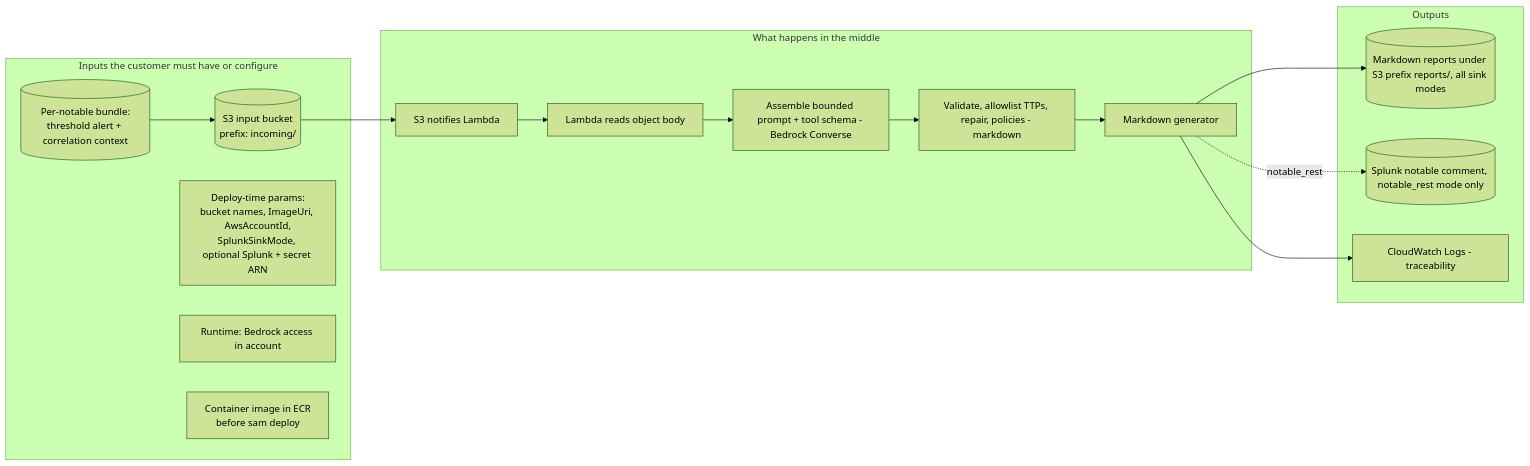
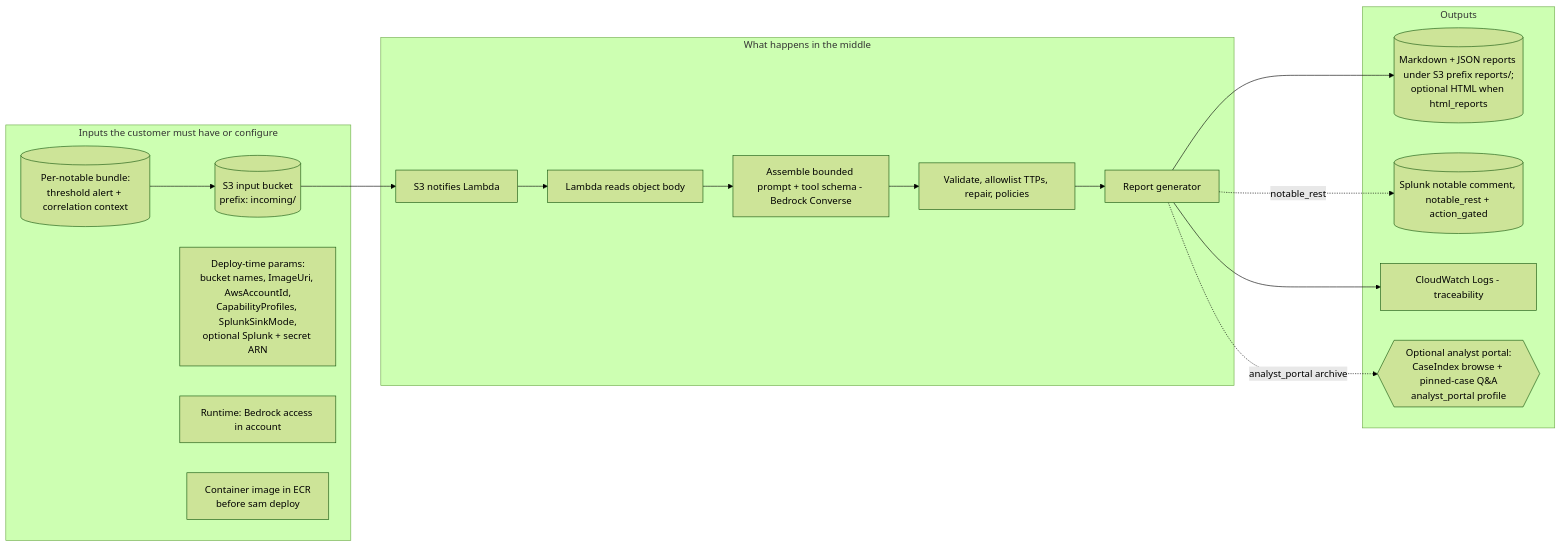
One commit to dreyna001/llm_notable_analysis changed the second of 4 diagrams in s3_notable_pipeline/docs/delivery_package/end_to_end_diagrams/END_TO_END_DIAGRAMS.md. Above: the diagram before and after it, drawn with Mermaid (forest theme). The commit also changed other lines of this file and 221 other files, not shown here.

````diff
--- a/s3_notable_pipeline/docs/delivery_package/end_to_end_diagrams/END_TO_END_DIAGRAMS.md
+++ b/s3_notable_pipeline/docs/delivery_package/end_to_end_diagrams/END_TO_END_DIAGRAMS.md
@@ -109,34 +116,36 @@
 ```mermaid
 flowchart LR
   subgraph Inputs["Inputs the customer must have or configure"]
     I1[(Per-notable bundle:<br/>threshold alert + correlation context)]
     I2[("S3 input bucket<br/>prefix: incoming/")]
-    I3[Deploy-time params:<br/>bucket names, ImageUri, AwsAccountId,<br/>SplunkSinkMode, optional Splunk + secret ARN]
+    I3[Deploy-time params:<br/>bucket names, ImageUri, AwsAccountId,<br/>CapabilityProfiles, SplunkSinkMode,<br/>optional Splunk + secret ARN]
     I4[Runtime: Bedrock access in account]
     I5[Container image in ECR<br/>before sam deploy]
   end
 
   subgraph Middle["What happens in the middle"]
     M1[S3 notifies Lambda]
     M2[Lambda reads object body]
     M3[Assemble bounded prompt + tool schema - Bedrock Converse]
-    M4[Validate, allowlist TTPs, repair, policies - markdown]
-    M5[Markdown generator]
+    M4[Validate, allowlist TTPs, repair, policies]
+    M5[Report generator]
   end
 
   subgraph Outputs["Outputs"]
-    O1[("Markdown reports under S3 prefix reports/, all sink modes")]
-    O2[("Splunk notable comment, notable_rest mode only")]
+    O1[("Markdown + JSON reports under S3 prefix reports/;<br/>optional HTML when html_reports")]
+    O2[("Splunk notable comment, notable_rest + action_gated")]
     O3[CloudWatch Logs - traceability]
+    O4{{Optional analyst portal:<br/>CaseIndex browse + pinned-case Q&A<br/>analyst_portal profile}}
   end
 
   I1 --> I2
   I2 --> M1
   M1 --> M2
   M2 --> M3
   M3 --> M4
   M4 --> M5
   M5 --> O1
   M5 -. notable_rest .-> O2
   M5 --> O3
+  M5 -. analyst_portal archive .-> O4
 ```
````
